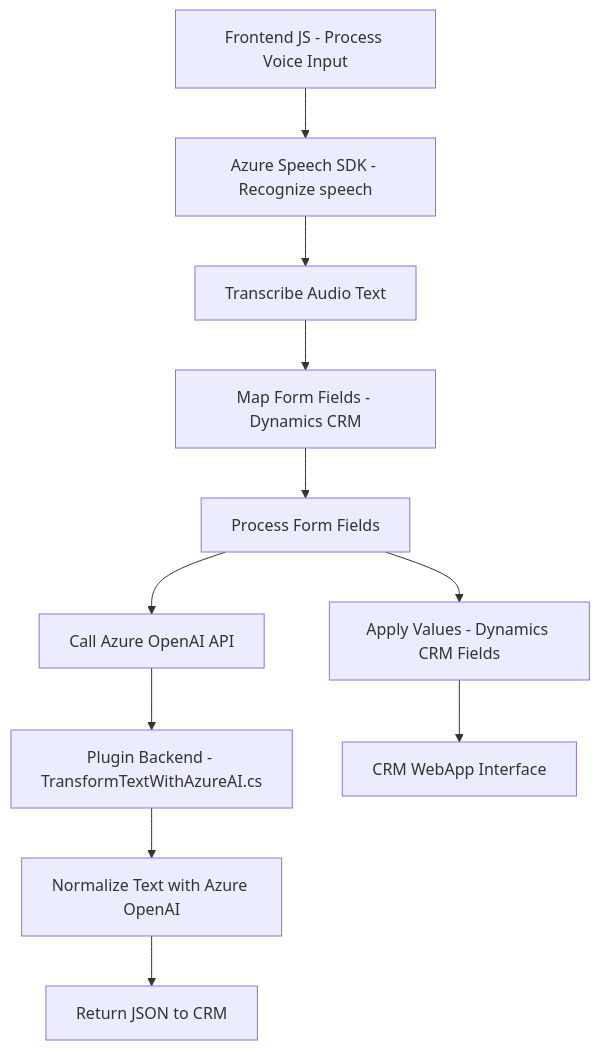
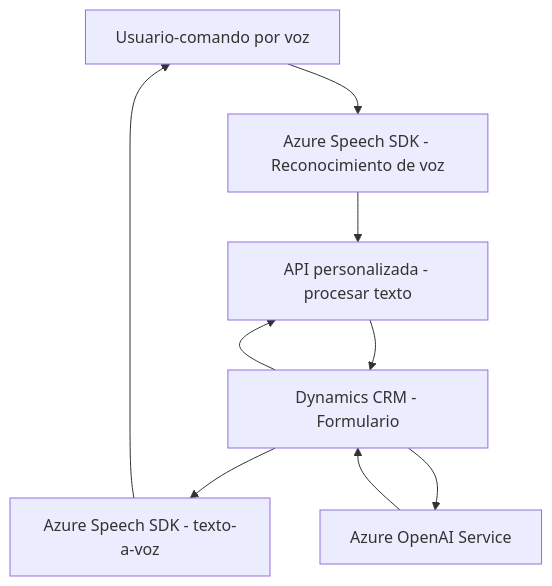
The diagram in README.md (blopezdm/NETCORE_BILBAO2025), drawn with Mermaid before and after one commit. The commit also changed other lines of this file, not shown here.

````diff
--- a/README.md
+++ b/README.md
@@ -42,15 +32,18 @@
 ```mermaid
 graph TD
-    A["Frontend JS - Process Voice Input"] --> B["Azure Speech SDK - Recognize speech"]
-    B --> C["Transcribe Audio Text"]
-    C --> D["Map Form Fields - Dynamics CRM"]
-    D --> E["Process Form Fields"]
-    E --> F["Call Azure OpenAI API"]
-    
-    F --> G["Plugin Backend - TransformTextWithAzureAI.cs"]
-    G --> H["Normalize Text with Azure OpenAI"]
-    H --> I["Return JSON to CRM"]
+    A["Usuario-comando por voz"]
+    B["Azure Speech SDK - Reconocimiento de voz"]
+    C["API personalizada - procesar texto"]
+    D["Dynamics CRM - Formulario"]
+    E["Azure Speech SDK - texto-a-voz"]
+    F["Azure OpenAI Service"]
 
-    E --> J["Apply Values - Dynamics CRM Fields"]
-    J --> K["CRM WebApp Interface"]
+    A --> B
+    B --> C
+    C --> D
+    D --> C
+    D --> E
+    E --> A
+    D --> F
+    F --> D
 ```
````
